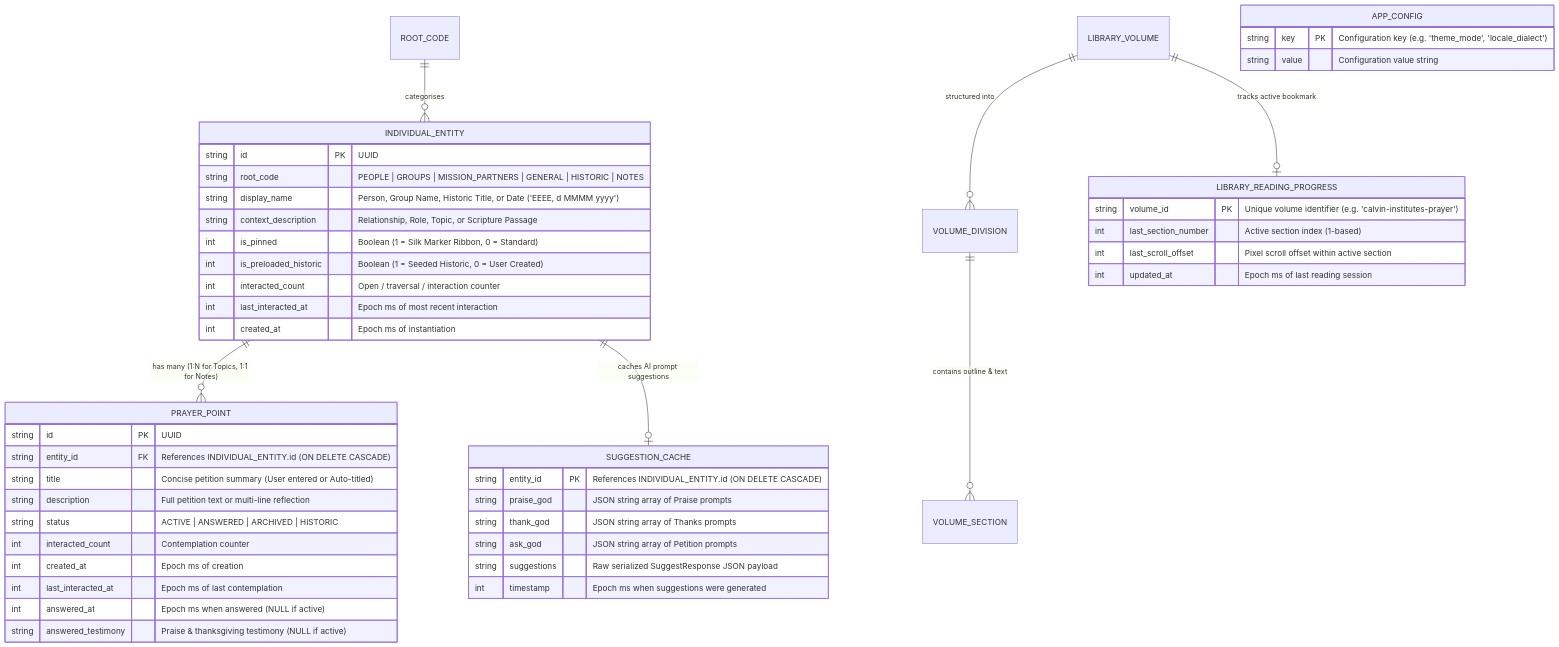
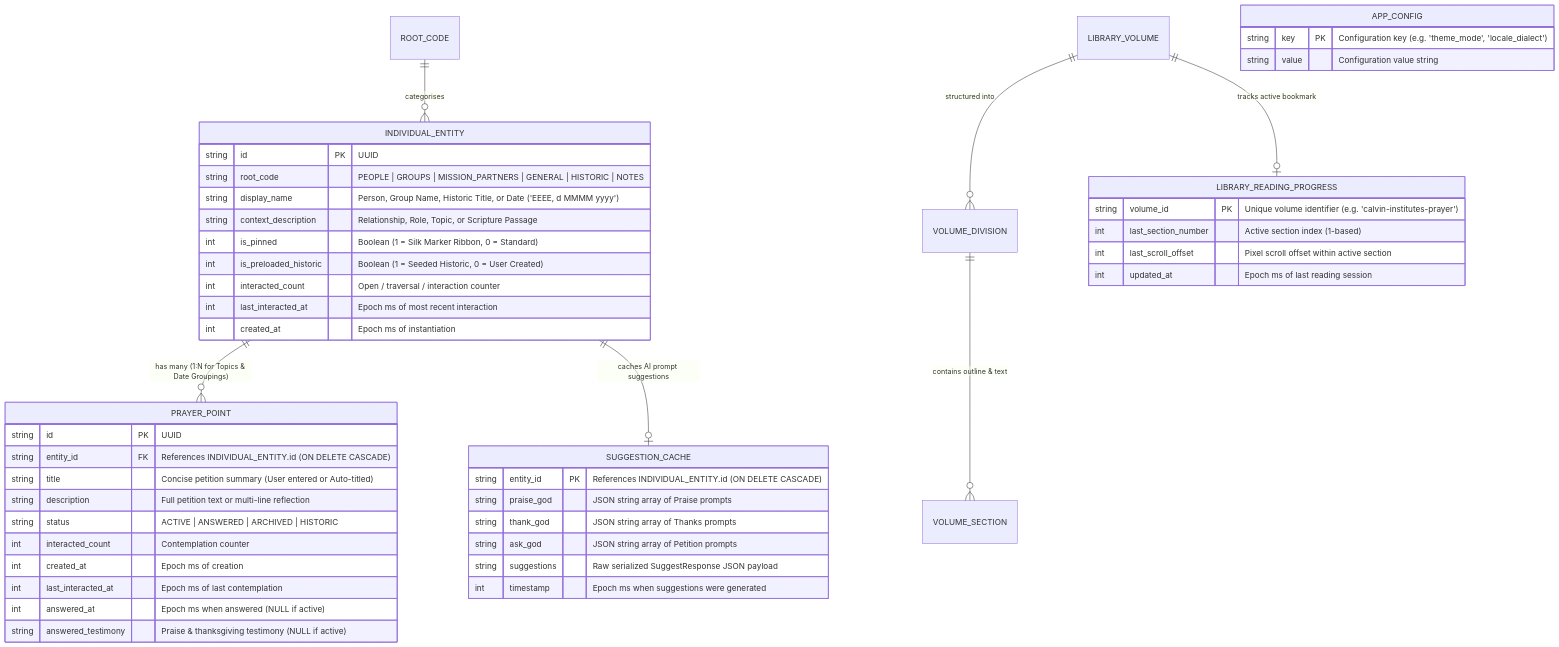
Before and after one commit to iamenianc/Prayer: the first of 4 diagrams in planning/notes_data_architecture.md, drawn with Mermaid. The commit also changed other lines of this file and 7 other files, not shown here.

Commit message:
feat(notes): establish date as grouping container with multi-note support and optional titles

````diff
--- a/planning/notes_data_architecture.md
+++ b/planning/notes_data_architecture.md
@@ -30,55 +31,55 @@
 ```mermaid
 erDiagram
     ROOT_CODE ||--o{ INDIVIDUAL_ENTITY : "categorises"
-    INDIVIDUAL_ENTITY ||--o{ PRAYER_POINT : "has many (1:N for Topics, 1:1 for Notes)"
+    INDIVIDUAL_ENTITY ||--o{ PRAYER_POINT : "has many (1:N for Topics & Date Groupings)"
     INDIVIDUAL_ENTITY ||--o| SUGGESTION_CACHE : "caches AI prompt suggestions"
     LIBRARY_VOLUME ||--o{ VOLUME_DIVISION : "structured into"
     VOLUME_DIVISION ||--o{ VOLUME_SECTION : "contains outline & text"
     LIBRARY_VOLUME ||--o| LIBRARY_READING_PROGRESS : "tracks active bookmark"
 
     INDIVIDUAL_ENTITY {
         string id PK "UUID"
         string root_code "PEOPLE | GROUPS | MISSION_PARTNERS | GENERAL | HISTORIC | NOTES"
         string display_name "Person, Group Name, Historic Title, or Date ('EEEE, d MMMM yyyy')"
         string context_description "Relationship, Role, Topic, or Scripture Passage"
         int is_pinned "Boolean (1 = Silk Marker Ribbon, 0 = Standard)"
         int is_preloaded_historic "Boolean (1 = Seeded Historic, 0 = User Created)"
         int interacted_count "Open / traversal / interaction counter"
         int last_interacted_at "Epoch ms of most recent interaction"
         int created_at "Epoch ms of instantiation"
     }
 
     PRAYER_POINT {
         string id PK "UUID"
         string entity_id FK "References INDIVIDUAL_ENTITY.id (ON DELETE CASCADE)"
         string title "Concise petition summary (User entered or Auto-titled)"
         string description "Full petition text or multi-line reflection"
         string status "ACTIVE | ANSWERED | ARCHIVED | HISTORIC"
         int interacted_count "Contemplation counter"
         int created_at "Epoch ms of creation"
         int last_interacted_at "Epoch ms of last contemplation"
         int answered_at "Epoch ms when answered (NULL if active)"
         string answered_testimony "Praise & thanksgiving testimony (NULL if active)"
     }
 
     LIBRARY_READING_PROGRESS {
         string volume_id PK "Unique volume identifier (e.g. 'calvin-institutes-prayer')"
         int last_section_number "Active section index (1-based)"
         int last_scroll_offset "Pixel scroll offset within active section"
         int updated_at "Epoch ms of last reading session"
     }
 
     SUGGESTION_CACHE {
         string entity_id PK "References INDIVIDUAL_ENTITY.id (ON DELETE CASCADE)"
         string praise_god "JSON string array of Praise prompts"
         string thank_god "JSON string array of Thanks prompts"
         string ask_god "JSON string array of Petition prompts"
         string suggestions "Raw serialized SuggestResponse JSON payload"
         int timestamp "Epoch ms when suggestions were generated"
     }
 
     APP_CONFIG {
         string key PK "Configuration key (e.g. 'theme_mode', 'locale_dialect')"
         string value "Configuration value string"
     }
 ```
````
